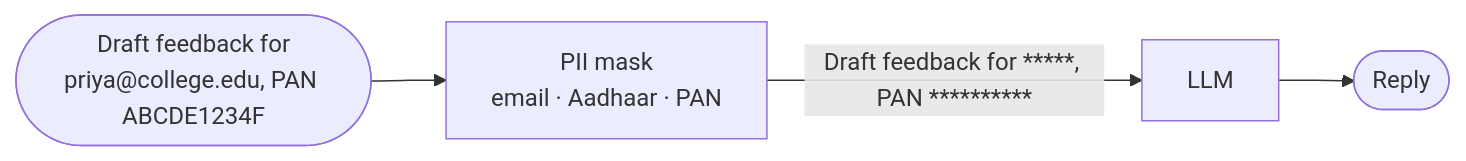
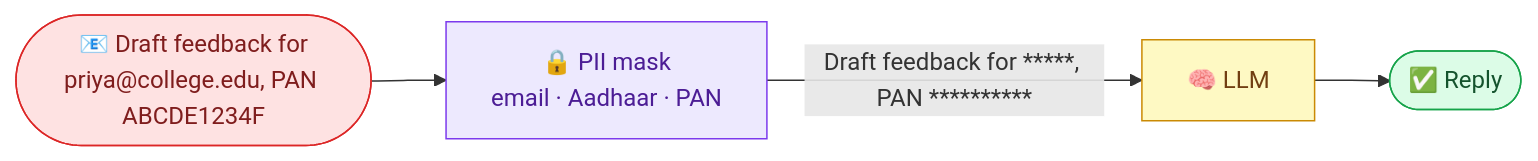
Before and after one commit to ashishpatel26/Responsible-AI-for-AI-Agent-Harness: the third of 7 diagrams in README.md, drawn with Mermaid. The commit also changed other lines of this file and 1 other file, not shown here.

````diff
--- a/README.md
+++ b/README.md
@@ -52,6 +65,10 @@
 ```mermaid
 flowchart LR
-    I(["Draft feedback for<br/>priya@college.edu, PAN ABCDE1234F"]) --> M["PII mask<br/>email · Aadhaar · PAN"]
-    M -->|"Draft feedback for *****, PAN **********"| L[LLM]
-    L --> Out([Reply])
+    I(["📧 Draft feedback for<br/>priya@college.edu, PAN ABCDE1234F"]):::raw --> M["🔒 PII mask<br/>email · Aadhaar · PAN"]:::priv
+    M -->|"Draft feedback for *****, PAN **********"| L["🧠 LLM"]:::llm
+    L --> Out(["✅ Reply"]):::ok
+    classDef raw fill:#fee2e2,stroke:#dc2626,color:#7f1d1d
+    classDef priv fill:#ede9fe,stroke:#7c3aed,color:#4c1d95
+    classDef llm fill:#fef9c3,stroke:#ca8a04,color:#713f12
+    classDef ok fill:#dcfce7,stroke:#16a34a,color:#14532d
 ```
````
